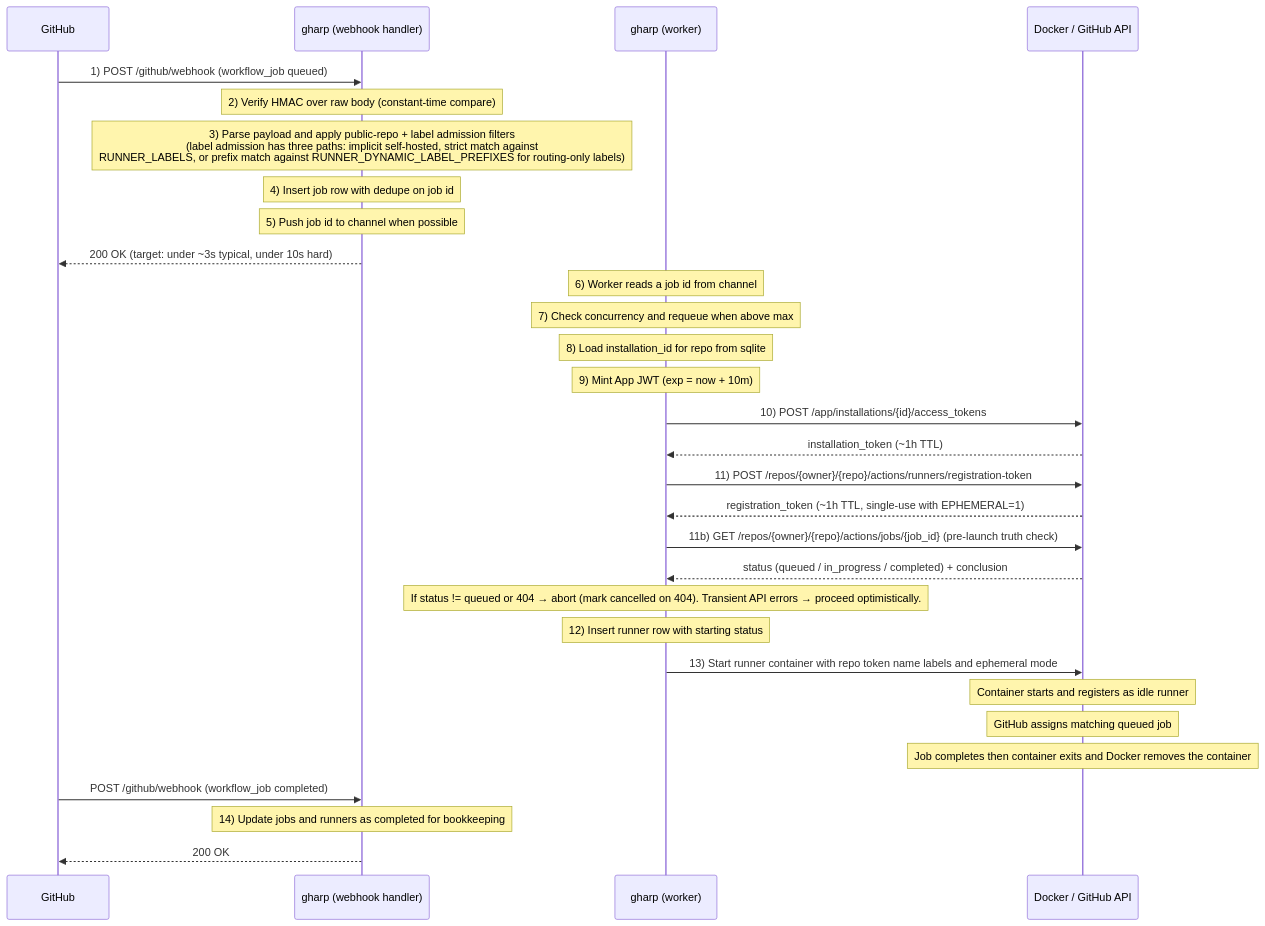
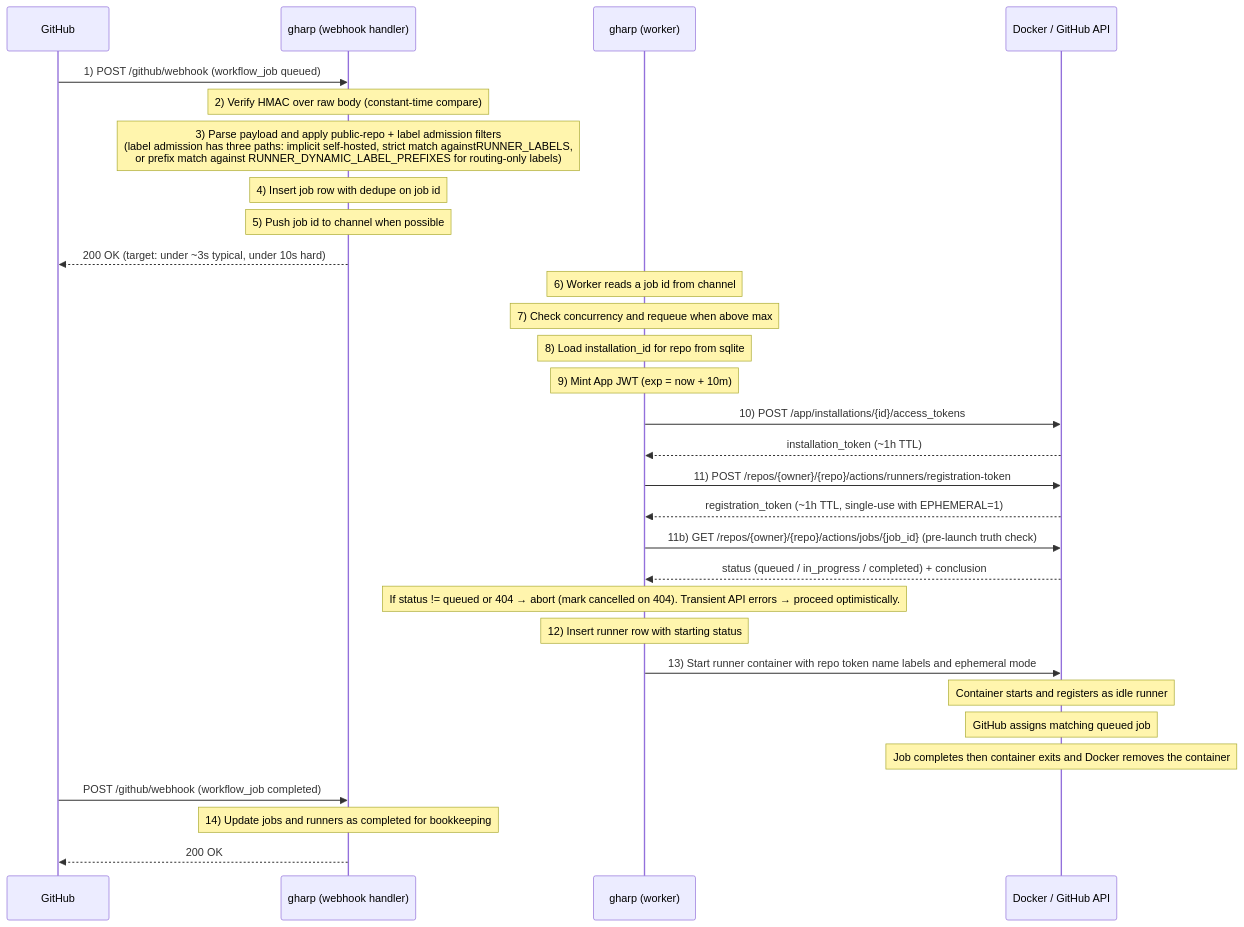
The first of 2 diagrams in docs/architecture.md (muhac/actions-runner-pool), drawn with Mermaid before and after one commit.

Commit message:
Correct label admission filters description
Fix formatting issue in architecture document.

````diff
--- a/docs/architecture.md
+++ b/docs/architecture.md
@@ -160,39 +160,39 @@
 ```mermaid
 sequenceDiagram
     participant GH as GitHub
     participant WH as gharp (webhook handler)
     participant WK as gharp (worker)
     participant DK as Docker / GitHub API
 
   GH->>WH: 1) POST /github/webhook (workflow_job queued)
     Note over WH: 2) Verify HMAC over raw body (constant-time compare)
-  Note over WH: 3) Parse payload and apply public-repo + label admission filters<br/>(label admission has three paths: implicit self-hosted, strict match against<br/>RUNNER_LABELS, or prefix match against RUNNER_DYNAMIC_LABEL_PREFIXES for routing-only labels)
+  Note over WH: 3) Parse payload and apply public-repo + label admission filters<br/>(label admission has three paths: implicit self-hosted, strict match againstRUNNER_LABELS,<br/>or prefix match against RUNNER_DYNAMIC_LABEL_PREFIXES for routing-only labels)
   Note over WH: 4) Insert job row with dedupe on job id
   Note over WH: 5) Push job id to channel when possible
   WH-->>GH: 200 OK (target: under ~3s typical, under 10s hard)
 
     Note over WK: 6) Worker reads a job id from channel
     Note over WK: 7) Check concurrency and requeue when above max
     Note over WK: 8) Load installation_id for repo from sqlite
     Note over WK: 9) Mint App JWT (exp = now + 10m)
 
     WK->>DK: 10) POST /app/installations/{id}/access_tokens
     DK-->>WK: installation_token (~1h TTL)
 
     WK->>DK: 11) POST /repos/{owner}/{repo}/actions/runners/registration-token
     DK-->>WK: registration_token (~1h TTL, single-use with EPHEMERAL=1)
 
     WK->>DK: 11b) GET /repos/{owner}/{repo}/actions/jobs/{job_id} (pre-launch truth check)
     DK-->>WK: status (queued / in_progress / completed) + conclusion
     Note over WK: If status != queued or 404 → abort (mark cancelled on 404). Transient API errors → proceed optimistically.
 
     Note over WK: 12) Insert runner row with starting status
     WK->>DK: 13) Start runner container with repo token name labels and ephemeral mode
     Note over DK: Container starts and registers as idle runner
     Note over DK: GitHub assigns matching queued job
     Note over DK: Job completes then container exits and Docker removes the container
 
     GH->>WH: POST /github/webhook (workflow_job completed)
     Note over WH: 14) Update jobs and runners as completed for bookkeeping
     WH-->>GH: 200 OK
 ```
````
